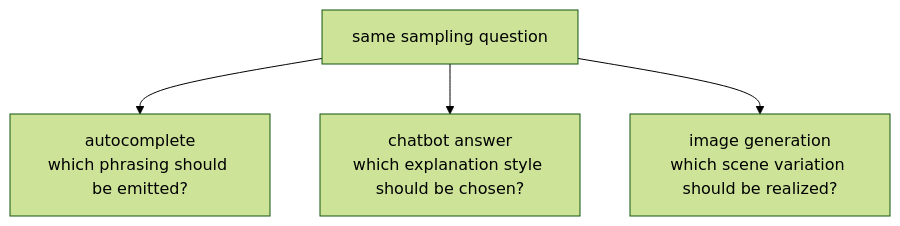
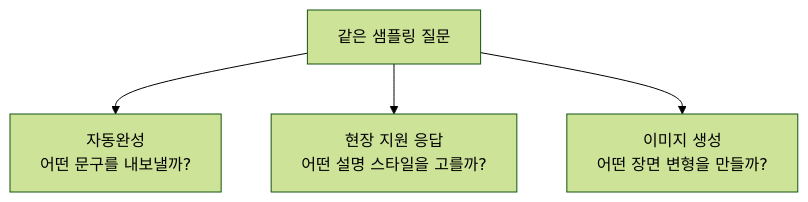
Before and after one commit to devchan64/AiBook: the diagram in docs/assets/part-05/chapter-15/sampling-task-flow-ko.mmd, drawn with Mermaid (forest theme). The commit also changed 105 other files, not shown here.

```diff
--- a/docs/assets/part-05/chapter-15/sampling-task-flow-ko.mmd
+++ b/docs/assets/part-05/chapter-15/sampling-task-flow-ko.mmd
@@ -1,9 +1,9 @@
 flowchart TD
-  A["same sampling question"]
-  B["autocomplete<br/>which phrasing should be emitted?"]
-  C["chatbot answer<br/>which explanation style should be chosen?"]
-  D["image generation<br/>which scene variation should be realized?"]
+  A["같은 샘플링 질문"]
+  B["자동완성<br/>어떤 문구를 내보낼까?"]
+  C["현장 지원 응답<br/>어떤 설명 스타일을 고를까?"]
+  D["이미지 생성<br/>어떤 장면 변형을 만들까?"]
 
   A --> B
   A --> C
   A --> D
```
